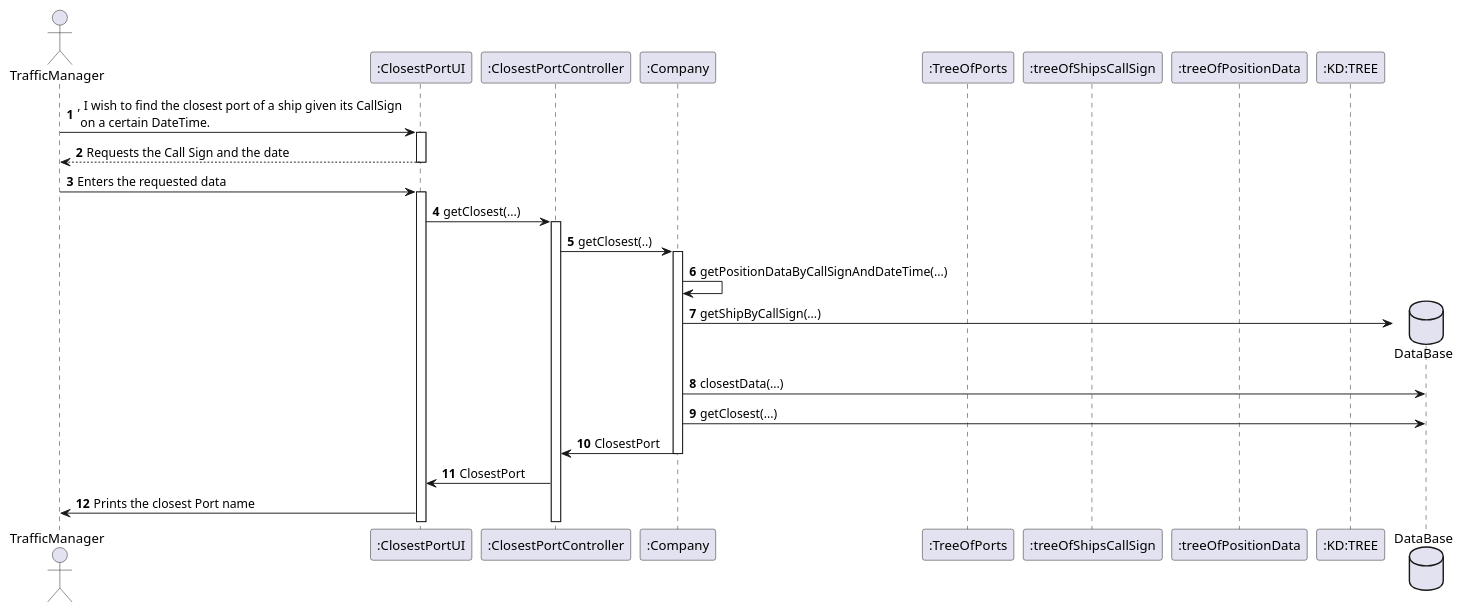
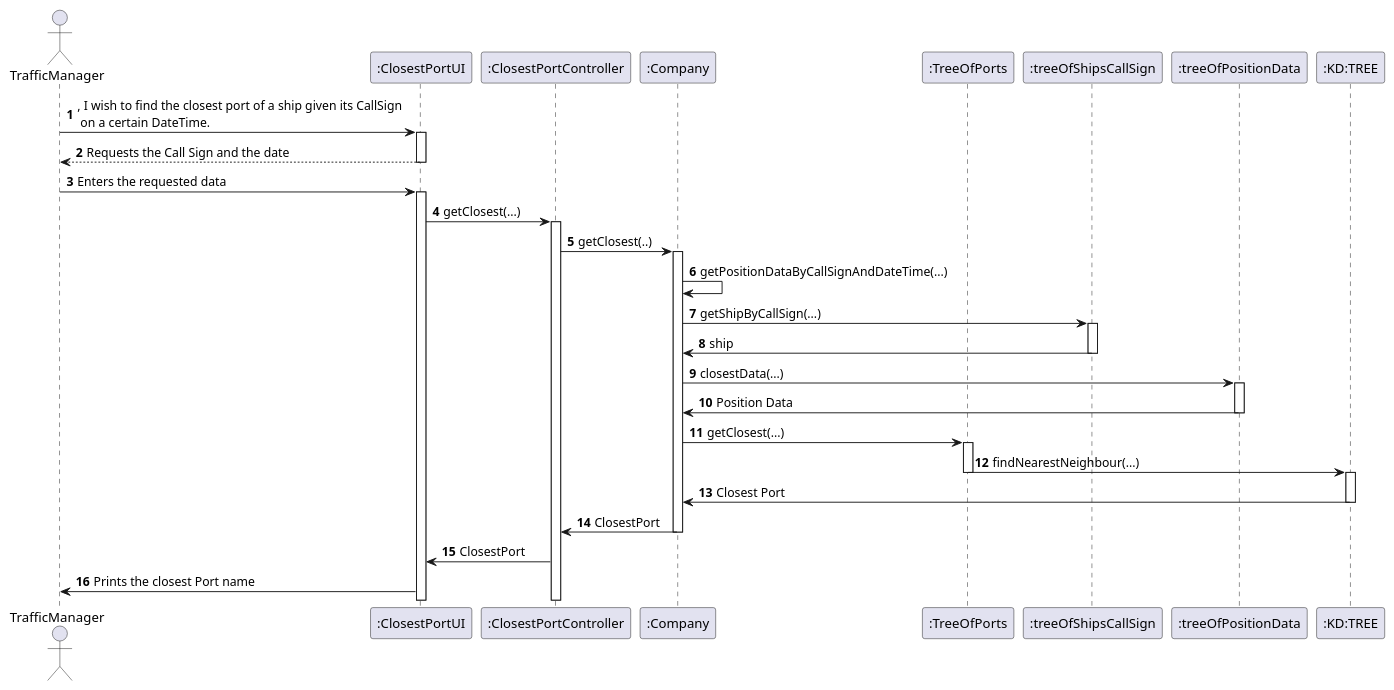
Before and after one commit to LourencoMelo/ISEP-LAPR3-ESINF: the diagram in Docs/Sprint2/US202/SD.puml, drawn with PlantUML. The commit also changed 13 other files, not shown here.

```diff
--- a/Docs/Sprint2/US202/SD.puml
+++ b/Docs/Sprint2/US202/SD.puml
@@ -1,37 +1,48 @@
 @startuml
 'https://plantuml.com/sequence-diagram
 
 autonumber
 
 actor       TrafficManager             as TM
 participant    ":ClosestPortUI"         as UI
 participant    ":ClosestPortController" as CTRL
 participant    ":Company"              as Company
 participant    ":TreeOfPorts"   as TreeOfPorts
 participant    ":treeOfShipsCallSign"   as treeOfShipsCallSign
 participant    ":treeOfPositionData"   as TreeOfPositionData
 participant    ":KD:TREE"   as KD
-database       "DataBase"              as db
 
 TM -> UI : , I wish to find the closest port of a ship given its CallSign \n on a certain DateTime.
 activate UI
 UI --> TM: Requests the Call Sign and the date
 deactivate UI
 
 TM -> UI : Enters the requested data
 activate UI
 
 UI -> CTRL : getClosest(...)
 activate CTRL
 CTRL -> Company : getClosest(..)
 activate Company
 Company -> Company : getPositionDataByCallSignAndDateTime(...)
-Company -> db** : getShipByCallSign(...)
-Company -> db : closestData(...)
-Company -> db : getClosest(...)
+Company -> treeOfShipsCallSign : getShipByCallSign(...)
+activate treeOfShipsCallSign
+treeOfShipsCallSign -> Company : ship
+deactivate treeOfShipsCallSign
+Company -> TreeOfPositionData : closestData(...)
+activate TreeOfPositionData
+TreeOfPositionData -> Company : Position Data
+deactivate TreeOfPositionData
+Company -> TreeOfPorts : getClosest(...)
+activate TreeOfPorts
+TreeOfPorts -> KD : findNearestNeighbour(...)
+deactivate TreeOfPorts
+activate KD
+KD -> Company : Closest Port
+deactivate KD
 Company -> CTRL : ClosestPort
 deactivate Company
 CTRL -> UI : ClosestPort
 UI -> TM : Prints the closest Port name
 
 @enduml
```
